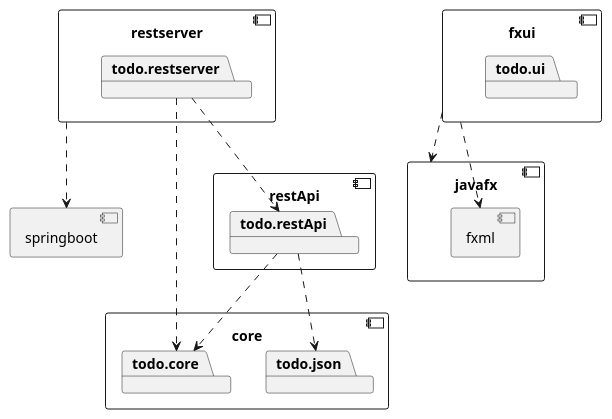
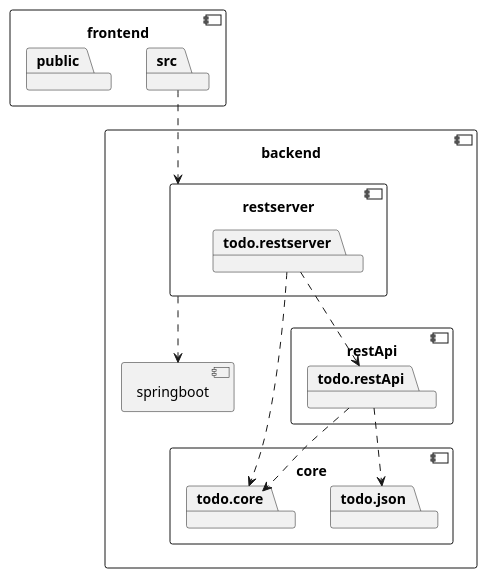
One commit to olejbl/-IT1901 changed the diagram in diagram.puml. Above: the diagram before and after it, drawn with PlantUML.

Commit message:
update package diagram to match current project #20

```diff
--- a/diagram.puml
+++ b/diagram.puml
@@ -1,40 +1,38 @@
 @startuml
 
+component backend{
+    component restserver {
+        package todo.restserver
+    }
+    component core{
+        package todo.core
+        package todo.json
+    }
+    component restApi{
+        package todo.restApi
 
-component core{
-    package todo.core
-    package todo.json
+    }
+    todo.restApi ..> todo.core
+    todo.restApi ..> todo.json
+
+
+    component springboot {
+    }
+
+    todo.restserver ..> todo.restApi
+    todo.restserver ..> todo.core
+
+    restserver ..> springboot
 }
 
-component fxui{
-    package todo.ui
+component frontend {
+    package src
+    package public
+
 }
 
-component javafx{
-    component fxml{
-    }
-}
+src ..> restserver
 
-fxui ..> javafx
-fxui ..> fxml
-
-component restApi{
-    package todo.restApi
-
-}
-todo.restApi ..> todo.core
-todo.restApi ..> todo.json
-
-component restserver {
-    package todo.restserver
-}
-component springboot {
-}
-
-todo.restserver ..> todo.restApi
-todo.restserver ..> todo.core
-
-restserver ..> springboot
 
 
 @enduml
```
